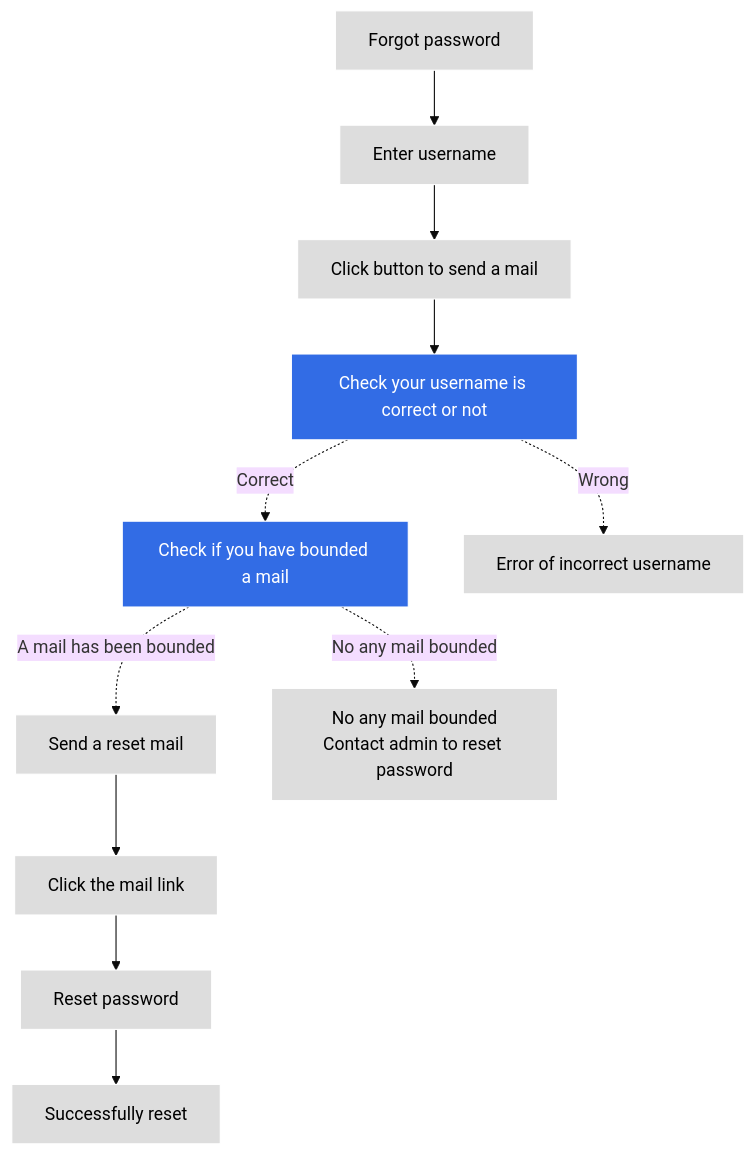
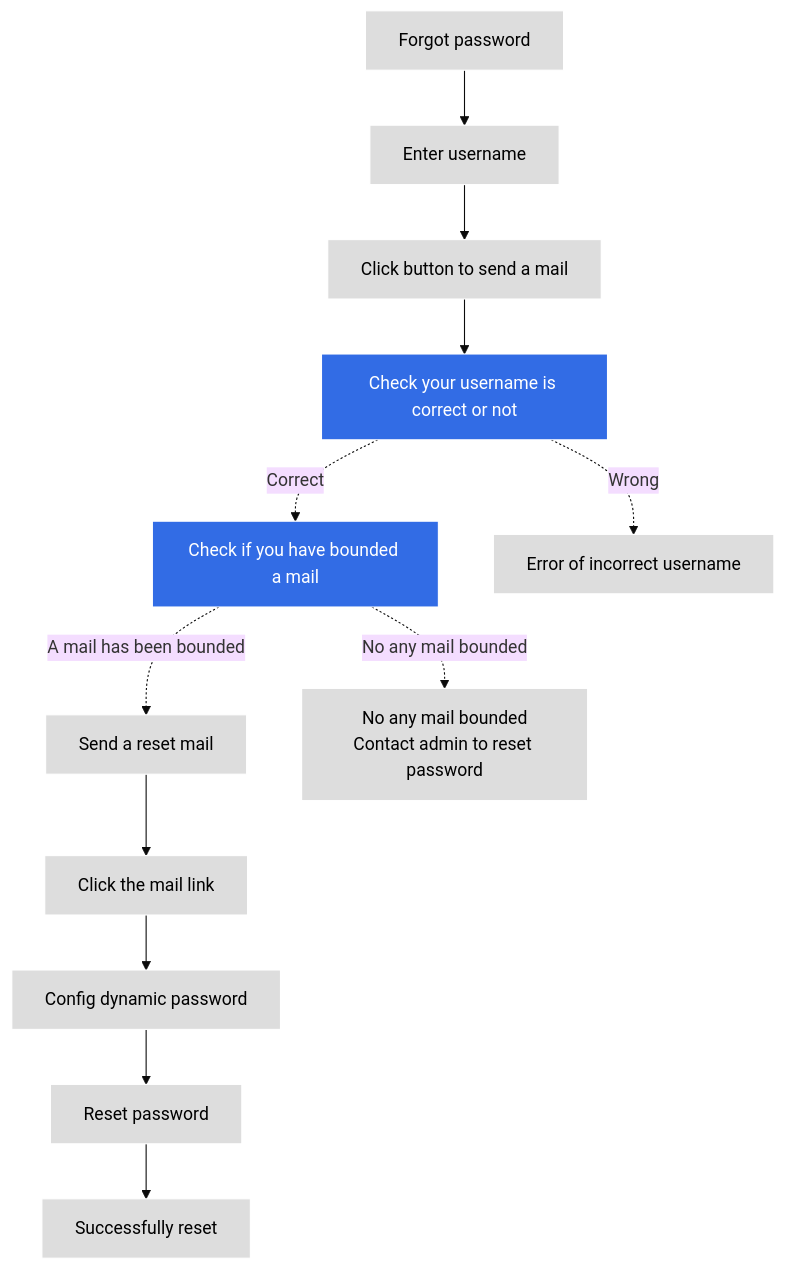
The diagram in docs/en/docs/ghippo/user-guide/password.md (DaoCloud/DaoCloud-docs), drawn with Mermaid (base theme) before and after one commit. The commit also changed other lines of this file and 7 other files, not shown here.

First line of the commit message:
update pics and description of password-reset (#4828)

````diff
--- a/docs/en/docs/ghippo/user-guide/password.md
+++ b/docs/en/docs/ghippo/user-guide/password.md
@@ -38,22 +44,22 @@
 ```mermaid
 graph TB
 
 pass[Forgot password] --> usern[Enter username]
 --> button[Click button to send a mail] --> judge1[Check your username is correct or not]
 
     judge1 -.Correct.-> judge2[Check if you have bounded a mail]
     judge1 -.Wrong.-> tip1[Error of incorrect username]
     
         judge2 -.A mail has been bounded.-> send[Send a reset mail]
         judge2 -.No any mail bounded.-> tip2[No any mail bounded<br>Contact admin to reset password]
         
-send --> click[Click the mail link] --> reset[Reset password]
+send --> click[Click the mail link] --> config[Config dynamic password] --> reset[Reset password]
 --> success[Successfully reset]
 
 classDef plain fill:#ddd,stroke:#fff,stroke-width:1px,color:#000;
 classDef k8s fill:#326ce5,stroke:#fff,stroke-width:1px,color:#fff;
 classDef cluster fill:#fff,stroke:#bbb,stroke-width:1px,color:#326ce5;
 
-class pass,usern,button,tip1,send,tip2,send,click,reset,success plain;
+class pass,usern,button,tip1,send,tip2,send,click,config,reset,success plain;
 class judge1,judge2 k8s
 ```
````
